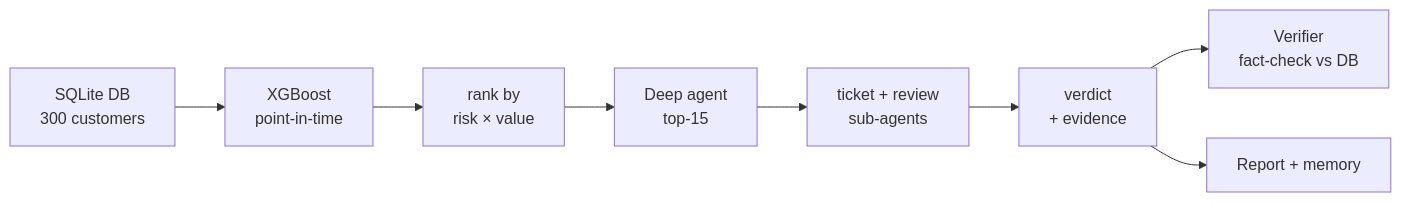
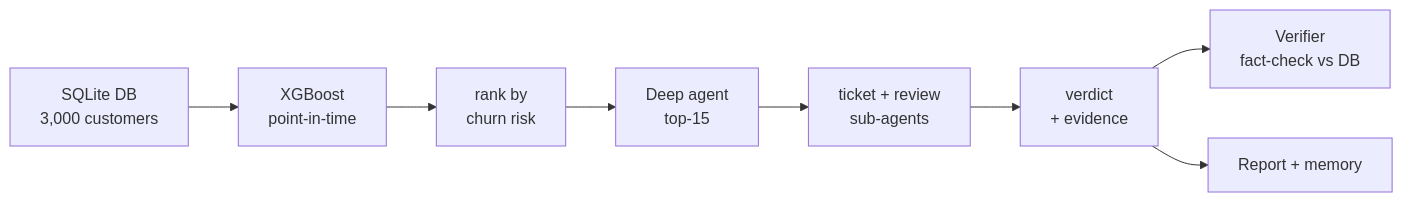
The diagram in README.md (Khatalahmed/customer_churn_alert_agent), drawn with Mermaid before and after one commit. The commit also changed other lines of this file and 9 other files, not shown here.

````diff
--- a/README.md
+++ b/README.md
@@ -59,10 +59,10 @@
 ```mermaid
 flowchart LR
-    A[SQLite DB<br/>300 customers] --> B[XGBoost<br/>point-in-time]
-    B --> C[rank by<br/>risk × value]
+    A[SQLite DB<br/>3,000 customers] --> B[XGBoost<br/>point-in-time]
+    B --> C[rank by<br/>churn risk]
     C --> D[Deep agent<br/>top-15]
     D --> E[ticket + review<br/>sub-agents]
     E --> F[verdict<br/>+ evidence]
     F --> G[Verifier<br/>fact-check vs DB]
     F --> H[Report + memory]
 ```
````
